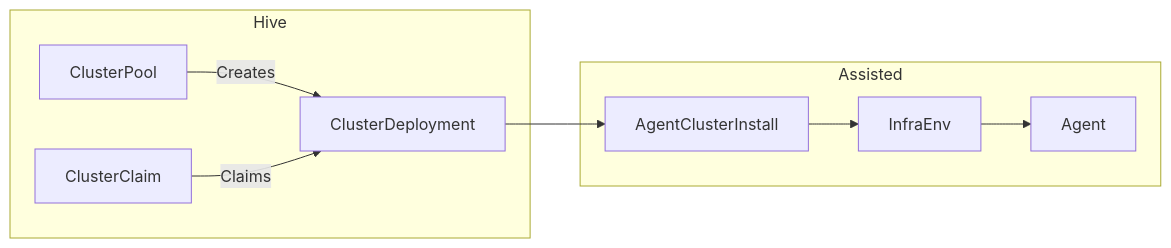
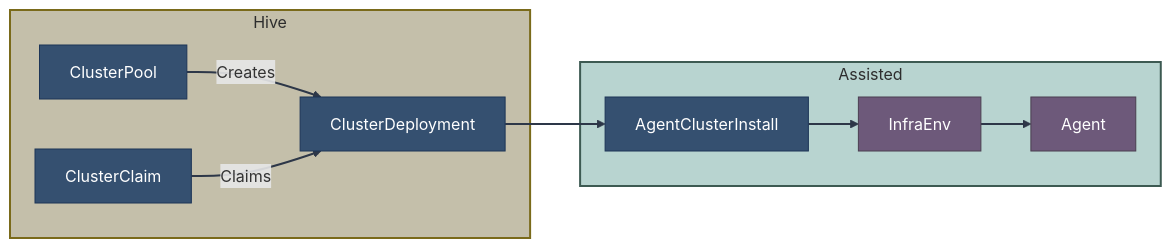
Before and after one commit to zszabo-rh/openshift-install-guide: the fourth of 4 diagrams in 03-assisted-installation/saas-vs-onprem.md, drawn with Mermaid. The commit also changed other lines of this file and 16 other files, not shown here.

Commit message:
improved diagram style

````diff
--- a/03-assisted-installation/saas-vs-onprem.md
+++ b/03-assisted-installation/saas-vs-onprem.md
@@ -347,21 +390,33 @@
 ```mermaid
 graph LR
-    subgraph "Hive"
+    subgraph hive["Hive"]
         CD[ClusterDeployment]
         CP[ClusterPool]
         CC[ClusterClaim]
     end
     
-    subgraph "Assisted"
+    subgraph assisted["Assisted"]
         ACI[AgentClusterInstall]
         IE[InfraEnv]
         A[Agent]
     end
     
     CD --> ACI
     ACI --> IE
     IE --> A
     
     CP -->|Creates| CD
     CC -->|Claims| CD
+    
+    style CD fill:#355070,stroke:#1d3557,color:#fff
+    style CP fill:#355070,stroke:#1d3557,color:#fff
+    style CC fill:#355070,stroke:#1d3557,color:#fff
+    style ACI fill:#355070,stroke:#1d3557,color:#fff
+    style IE fill:#6d597a,stroke:#4a3f50,color:#fff
+    style A fill:#6d597a,stroke:#4a3f50,color:#fff
+    
+    style hive fill:#c4bfaa,stroke:#7a6a1a,stroke-width:2px,color:#2d2d2d
+    style assisted fill:#b8d4d0,stroke:#3d5a52,stroke-width:2px,color:#2d2d2d
+    
+    linkStyle default stroke:#2d3748,stroke-width:2px
 ```
````
